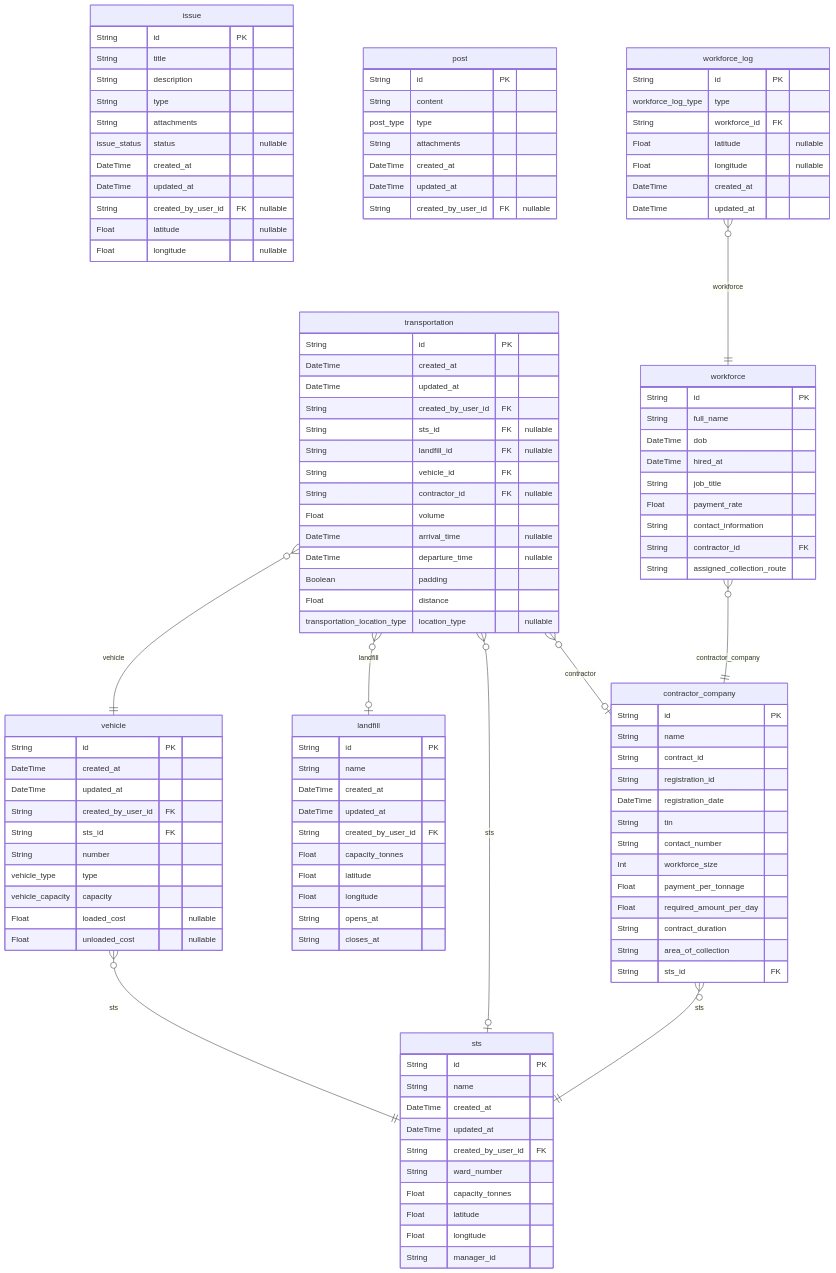
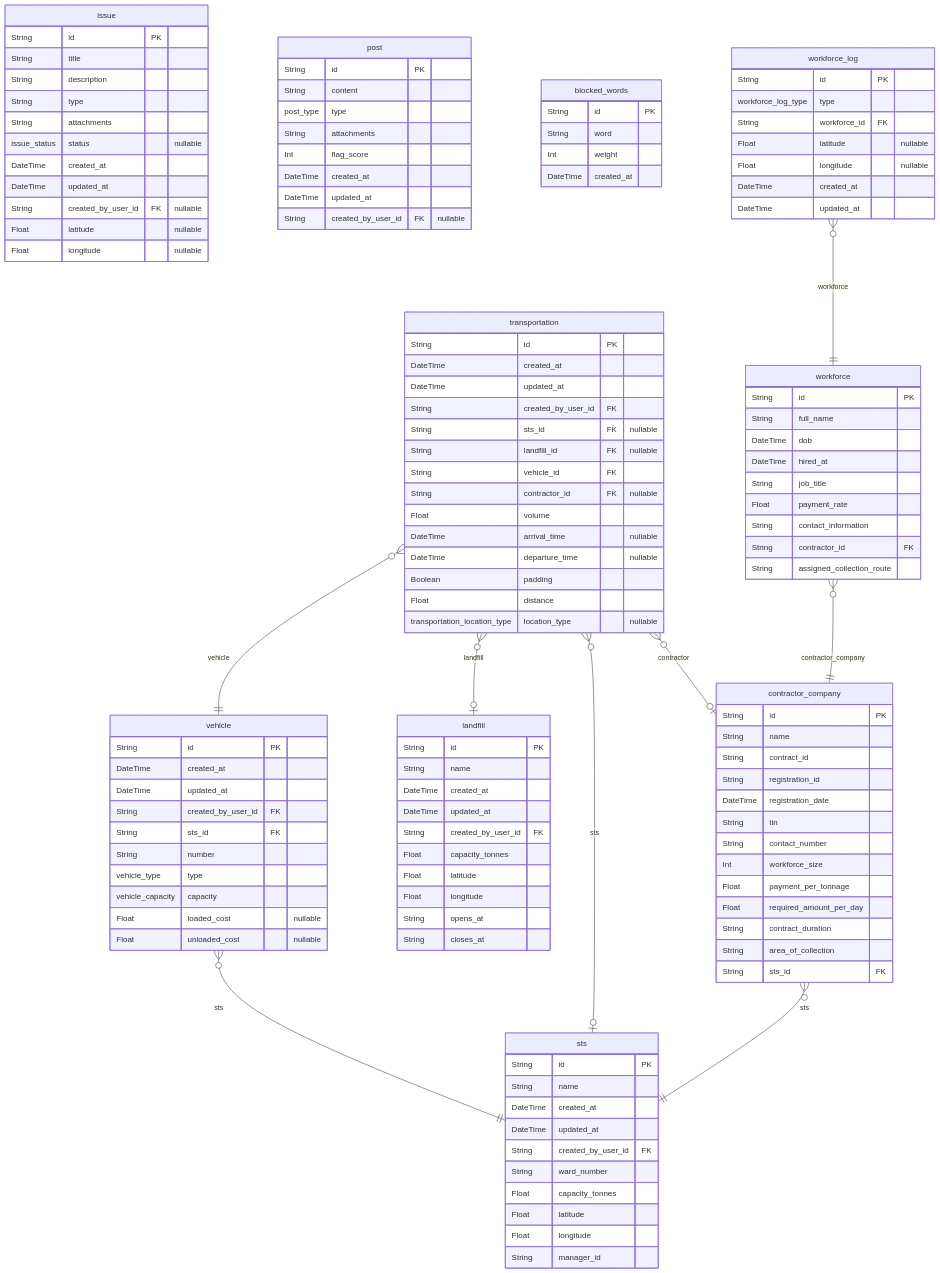
The third of 3 diagrams in packages/db/README.md (nurulhudaapon/codesamurai-final), drawn with Mermaid before and after one commit. The commit also changed other lines of this file and 7 other files, not shown here.

```diff
--- a/packages/db/README.md
+++ b/packages/db/README.md
@@ -185,9 +185,16 @@
   String content
   post_type type
   String attachments
+  Int flag_score
   DateTime created_at
   DateTime updated_at
   String created_by_user_id FK "nullable"
+}
+"blocked_words" {
+  String id PK
+  String word
+  Int weight
+  DateTime created_at
 }
 "contractor_company" {
   String id PK
```
